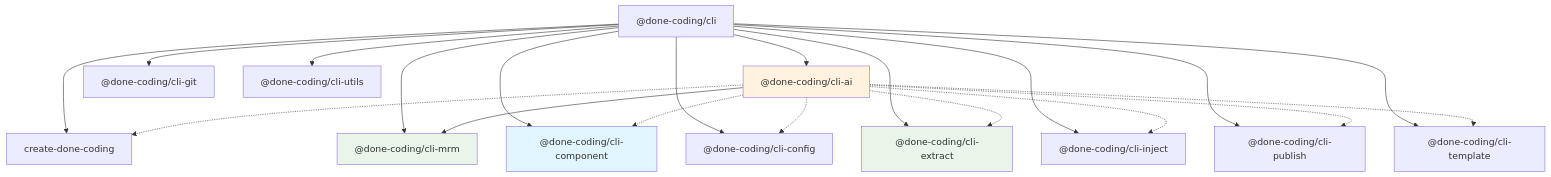
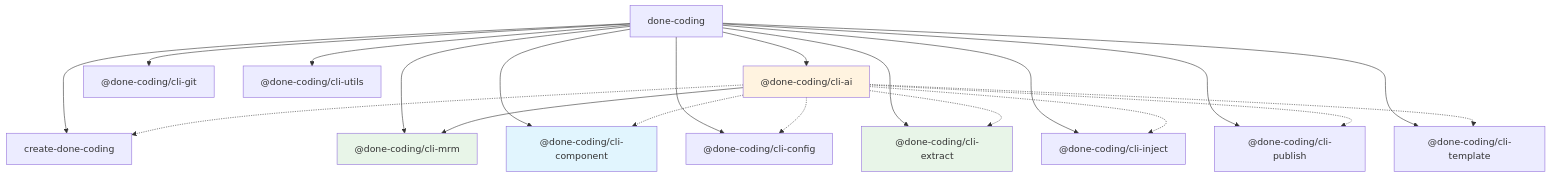
One commit to done-coding/done-coding-cli changed the diagram in packages/cli/README.md. Above: the diagram before and after it, drawn with Mermaid. The commit also changed other lines of this file and 14 other files, not shown here.

First line of the commit message:
refactor: rename @done-coding/cli to done-coding

````diff
--- a/packages/cli/README.md
+++ b/packages/cli/README.md
@@ -295,28 +295,28 @@
 ```mermaid
 graph TD
-    A["@done-coding/cli"] --> B["create-done-coding"]
+    A["done-coding"] --> B["create-done-coding"]
     A --> C["@done-coding/cli-ai"]
     A --> D["@done-coding/cli-component"]
     A --> E["@done-coding/cli-config"]
     A --> F["@done-coding/cli-extract"]
     A --> G["@done-coding/cli-git"]
     A --> H["@done-coding/cli-inject"]
     A --> I["@done-coding/cli-mrm"]
     A --> J["@done-coding/cli-publish"]
     A --> K["@done-coding/cli-template"]
     A --> L["@done-coding/cli-utils"]
 
     C --> I
     C -.-> B
     C -.-> D
     C -.-> E
     C -.-> F
     C -.-> H
     C -.-> J
     C -.-> K
 
     style C fill:#fff3e0
     style I fill:#e8f5e8
     style D fill:#e1f5fe
     style F fill:#e8f5e8
 ```
````
